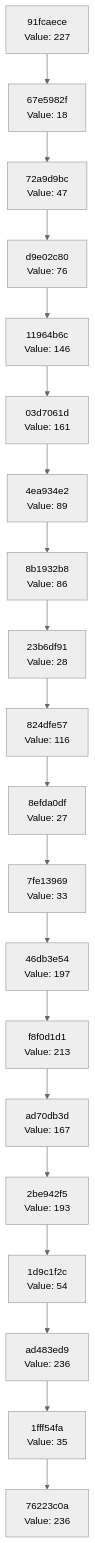
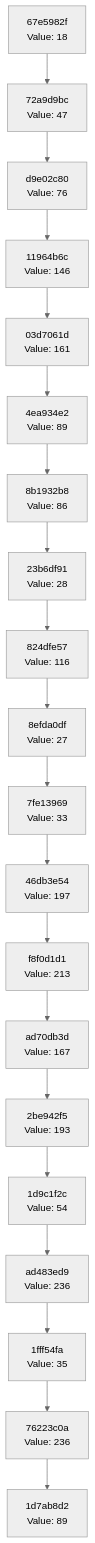
The diagram in docs/CHAIN_VISUALIZATION.md (Abhisheksinha1506/hash-chain-evolver), drawn with Mermaid (neutral theme) before and after one commit. The commit also changed 2 other files, not shown here.

Commit message:
Evolution step: hash 0x59 → action executed

````diff
--- a/docs/CHAIN_VISUALIZATION.md
+++ b/docs/CHAIN_VISUALIZATION.md
@@ -3,42 +3,42 @@
 ```mermaid
 graph TD
-    C0["76223c0a<br/>Value: 236"]
-    C1["1fff54fa<br/>Value: 35"]
+    C0["1d7ab8d2<br/>Value: 89"]
+    C1["76223c0a<br/>Value: 236"]
     C1 --> C0
-    C2["ad483ed9<br/>Value: 236"]
+    C2["1fff54fa<br/>Value: 35"]
     C2 --> C1
-    C3["1d9c1f2c<br/>Value: 54"]
+    C3["ad483ed9<br/>Value: 236"]
     C3 --> C2
-    C4["2be942f5<br/>Value: 193"]
+    C4["1d9c1f2c<br/>Value: 54"]
     C4 --> C3
-    C5["ad70db3d<br/>Value: 167"]
+    C5["2be942f5<br/>Value: 193"]
     C5 --> C4
-    C6["f8f0d1d1<br/>Value: 213"]
+    C6["ad70db3d<br/>Value: 167"]
     C6 --> C5
-    C7["46db3e54<br/>Value: 197"]
+    C7["f8f0d1d1<br/>Value: 213"]
     C7 --> C6
-    C8["7fe13969<br/>Value: 33"]
+    C8["46db3e54<br/>Value: 197"]
     C8 --> C7
-    C9["8efda0df<br/>Value: 27"]
+    C9["7fe13969<br/>Value: 33"]
     C9 --> C8
-    C10["824dfe57<br/>Value: 116"]
+    C10["8efda0df<br/>Value: 27"]
     C10 --> C9
-    C11["23b6df91<br/>Value: 28"]
+    C11["824dfe57<br/>Value: 116"]
     C11 --> C10
-    C12["8b1932b8<br/>Value: 86"]
+    C12["23b6df91<br/>Value: 28"]
     C12 --> C11
-    C13["4ea934e2<br/>Value: 89"]
+    C13["8b1932b8<br/>Value: 86"]
     C13 --> C12
-    C14["03d7061d<br/>Value: 161"]
+    C14["4ea934e2<br/>Value: 89"]
     C14 --> C13
-    C15["11964b6c<br/>Value: 146"]
+    C15["03d7061d<br/>Value: 161"]
     C15 --> C14
-    C16["d9e02c80<br/>Value: 76"]
+    C16["11964b6c<br/>Value: 146"]
     C16 --> C15
-    C17["72a9d9bc<br/>Value: 47"]
+    C17["d9e02c80<br/>Value: 76"]
     C17 --> C16
-    C18["67e5982f<br/>Value: 18"]
+    C18["72a9d9bc<br/>Value: 47"]
     C18 --> C17
-    C19["91fcaece<br/>Value: 227"]
+    C19["67e5982f<br/>Value: 18"]
     C19 --> C18
 ```
````
